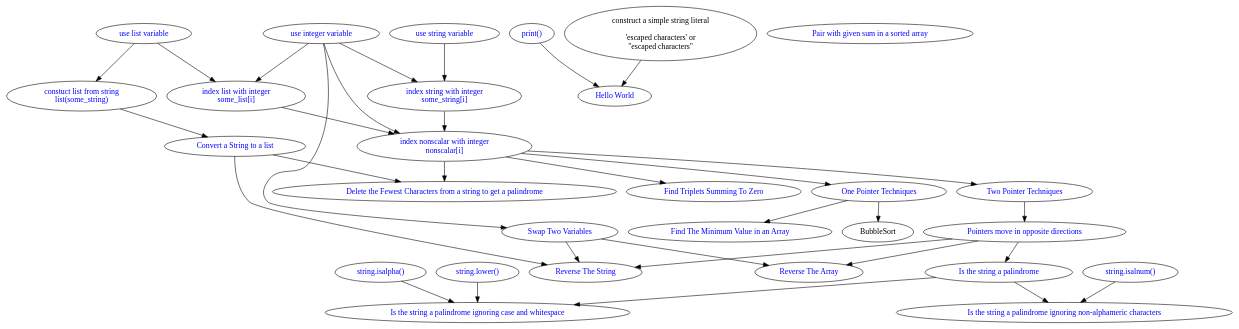
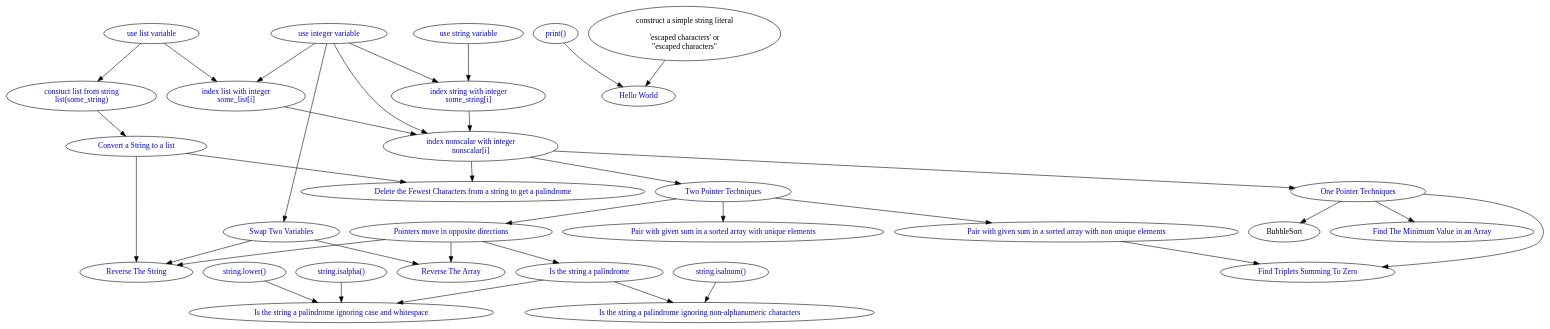
The diagram in .dsa-dependency-graph/dsa-dependency-graph.dot (pflagerd/python-language-feature-family-tree), drawn with Graphviz before and after one commit.

Commit message:
Nuance in PairWithGivenSumInASortedArray...

```diff
--- a/.dsa-dependency-graph/dsa-dependency-graph.dot
+++ b/.dsa-dependency-graph/dsa-dependency-graph.dot
@@ -1,79 +1,83 @@
 #
 # An edge goes from A to B.
 # The edge and its nodes may be read as "You must know A before you can do B".
 # So <code>builtin_function_print -> HelloWorld</code> may be read "You must know (the print() built-in function) before you can do (HelloWorld)
 #
 #
 strict digraph {
 #    construct_list_from_iterable [label="variable([iterable])" href="https://docs.python.org/3/library/stdtypes.html#list" target="_blank" fontcolor="blue"]
     construct_list_from_string [label="constuct list from string\nlist(some_string)" href="https://docs.python.org/3/library/stdtypes.html#list" target="_blank" fontcolor="blue"]
     builtin_function_print [label="print()" href="https://docs.python.org/3/library/stdtypes.html#list" target="_blank" fontcolor="blue"]
     integer_variable [label="use integer variable" href="" target="_blank" fontcolor="blue"]
     builtin_nonscalar_literal_unmodified_string [label="construct a simple string literal\n\n'escaped characters' or\n\"escaped characters\""]
 #    builtin_scalar_literal_bool [label="bool literal"]
 #    builtin_scalar_literal_numeric_float [label="float literal" href="https://docs.python.org/3/reference/lexical_analysis.html#floating-point-literals" target="_blank" fontcolor="blue"]
 #    builtin_scalar_literal_numeric_int [label="integer literal" href="https://docs.python.org/3/reference/lexical_analysis.html#integer-literals" target="_blank" fontcolor="blue"]
 #    builtin_scalar_literal_None [label="None"]
 #    builtin_map_type [label="map"]
 #    builtin_set_type [label="set"]
     BubbleSort
     ConvertStringToList [label="Convert a String to a list" href="https://docs.python.org/3/reference/lexical_analysis.html#numeric-literals" target="_blank" fontcolor="blue"]
 #    complex [label="complex"]
     DeleteFewestCharactersFromStringToGetPalindrome [label="Delete the Fewest Characters from a string to get a palindrome" href="./dsa/DeleteFewestCharactersFromStringToGetPalindrome" target="_blank" fontcolor="blue"]
 #    float [label="float"]
     FindTheMinimum [label="Find The Minimum Value in an Array" href="./dsa/FindTheMinimum/problem.html" target="_blank" fontcolor="blue"]
     FindTripletsSummingToZero [label="Find Triplets Summing To Zero" href="./dsa/FindTripletsSummingToZero/problem.html" target="_blank" fontcolor="blue"]
     HelloWorld [label="Hello World" href="HelloWorld/problem.html" target="_blank" fontcolor="blue"]
     integer_indexing [label="index nonscalar with integer\nnonscalar[i]" href="" target="_blank" fontcolor="blue"]
     IsTheStringAPalindrome [label="Is the string a palindrome" href="./dsa/IsTheStringAPalindrome/problem.html" target="_blank" fontcolor="blue"]
     IsTheStringAPalindromeIgnoringCaseAndWhiteSpace [label="Is the string a palindrome ignoring case and whitespace" href="./dsa/IsTheStringAPalindromeIgnoringCaseAndWhiteSpace/problem.html" target="_blank" fontcolor="blue"]
-    IsTheStringAPalindromeIgnoringNonAlphanumeric [label="Is the string a palindrome ignoring non-alphameric characters" href="./dsa/IsTheStringAPalindromeIgnoringNonAlphaNumeric/problem.html" target="_blank" fontcolor="blue"]
+    IsTheStringAPalindromeIgnoringNonAlphanumeric [label="Is the string a palindrome ignoring non-alphanumeric characters" href="./dsa/IsTheStringAPalindromeIgnoringNonAlphaNumeric/problem.html" target="_blank" fontcolor="blue"]
     list_integer_indexing [label="index list with integer\nsome_list[i]" href="" target="_blank" fontcolor="blue"]
     list_variable [label="use list variable" href="" target="_blank" fontcolor="blue"]
     one_pointer_techniques [label="One Pointer Techniques" href="" target="_blank" fontcolor="blue"]
-    PairWithGivenSumInASortedArray [label="Pair with given sum in a sorted array" href="./dsa/PairWithGivenSumInASortedArray/problem.html" target="_blank" fontcolor="blue"]
+    PairWithGivenSumInASortedArrayNonUniqueElements [label="Pair with given sum in a sorted array with non unique elements" href="./dsa/PairWithGivenSumInASortedArrayNonUniqueElements/problem.html" target="_blank" fontcolor="blue"]
+    PairWithGivenSumInASortedArrayUniqueElements [label="Pair with given sum in a sorted array with unique elements" href="./dsa/PairWithGivenSumInASortedArrayUniqueElements/problem.html" target="_blank" fontcolor="blue"]
     pointers_move_in_opposite_directions [label="Pointers move in opposite directions" href="" target="_blank" fontcolor="blue"]
     ReverseTheArray [label="Reverse The Array" href="./dsa/ReverseTheArray/problem.html" target="_blank" fontcolor="blue"]
     ReverseTheString [label="Reverse The String" href="./dsa/ReverseTheString/problem.html" target="_blank" fontcolor="blue"]
     SwapTwoVariables [label="Swap Two Variables" href="./dsa/SwapTwoVariables/problem.html" target="_blank" fontcolor="blue"]
     string_dot_isalpha [label="string.isalpha()" href="" target="_blank" fontcolor="blue"]
     string_dot_isalnum [label="string.isalnum()" href="" target="_blank" fontcolor="blue"]
     string_dot_lower [label="string.lower()" href="" target="_blank" fontcolor="blue"]
     string_integer_indexing [label="index string with integer\nsome_string[i]" href="" target="_blank" fontcolor="blue"]
     string_variable [label="use string variable" href="" target="_blank" fontcolor="blue"]
     two_pointer_techniques [label="Two Pointer Techniques" href="" target="_blank" fontcolor="blue"]
 
     construct_list_from_string -> ConvertStringToList
     builtin_function_print -> HelloWorld
     builtin_nonscalar_literal_unmodified_string -> HelloWorld
     ConvertStringToList -> DeleteFewestCharactersFromStringToGetPalindrome
     ConvertStringToList -> ReverseTheString
     integer_indexing -> one_pointer_techniques
     integer_indexing -> two_pointer_techniques
     integer_indexing -> two_pointer_techniques
     integer_indexing -> DeleteFewestCharactersFromStringToGetPalindrome
-    integer_indexing -> FindTripletsSummingToZero
     integer_variable -> integer_indexing
     integer_variable -> list_integer_indexing
     integer_variable -> string_integer_indexing
     integer_variable -> SwapTwoVariables
     IsTheStringAPalindrome -> IsTheStringAPalindromeIgnoringCaseAndWhiteSpace
     IsTheStringAPalindrome -> IsTheStringAPalindromeIgnoringNonAlphanumeric
     list_variable -> construct_list_from_string
     list_variable -> list_integer_indexing
     list_integer_indexing -> integer_indexing
     list_integer_indexing -> integer_indexing
+    one_pointer_techniques -> BubbleSort
     one_pointer_techniques -> FindTheMinimum
-    one_pointer_techniques -> BubbleSort
+    one_pointer_techniques -> FindTripletsSummingToZero
+    PairWithGivenSumInASortedArrayNonUniqueElements -> FindTripletsSummingToZero
     pointers_move_in_opposite_directions -> IsTheStringAPalindrome
     pointers_move_in_opposite_directions -> ReverseTheArray
     pointers_move_in_opposite_directions -> ReverseTheString
     string_dot_isalpha -> IsTheStringAPalindromeIgnoringCaseAndWhiteSpace
     string_dot_lower -> IsTheStringAPalindromeIgnoringCaseAndWhiteSpace
     string_dot_isalnum -> IsTheStringAPalindromeIgnoringNonAlphanumeric
     string_integer_indexing -> integer_indexing
     string_variable -> string_integer_indexing
     SwapTwoVariables -> ReverseTheArray
     SwapTwoVariables -> ReverseTheString
     two_pointer_techniques -> pointers_move_in_opposite_directions
+    two_pointer_techniques -> PairWithGivenSumInASortedArrayUniqueElements
+    two_pointer_techniques -> PairWithGivenSumInASortedArrayNonUniqueElements
 }
```
